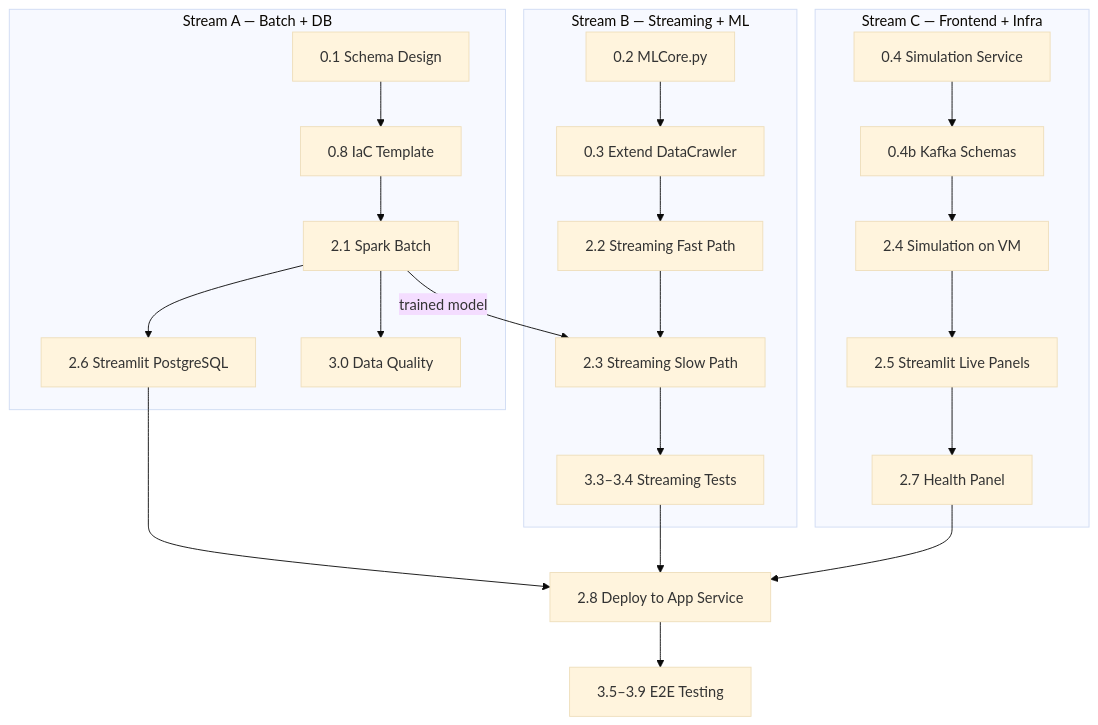
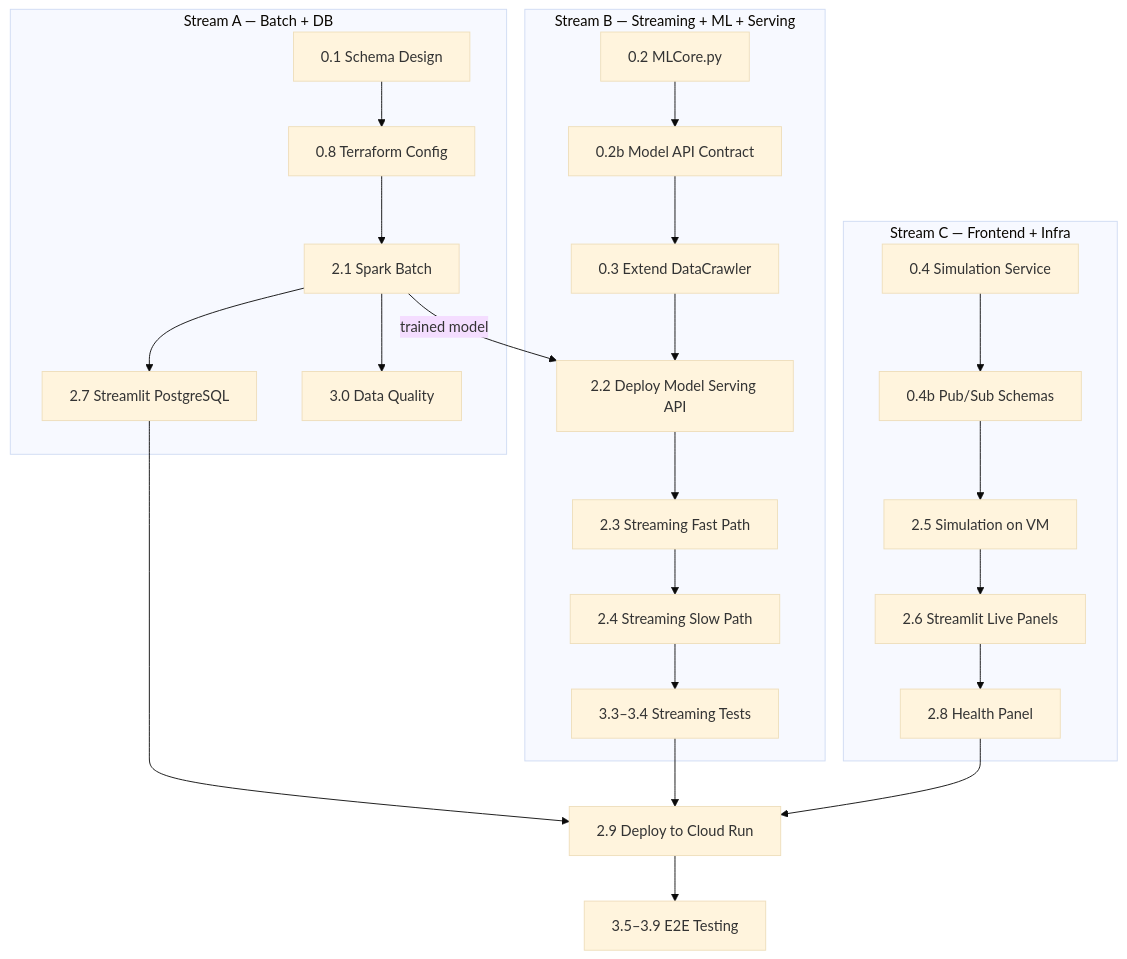
One commit to nmk-k66-uet/F1-Chubby-Data changed diagram 11 of 11 in revised_plan.md. Above: the diagram before and after it, drawn with Mermaid (base theme). The commit also changed other lines of this file and 1 other file, not shown here.

````diff
--- a/revised_plan.md
+++ b/revised_plan.md
@@ -667,27 +734,29 @@
 ```mermaid
 flowchart TD
     subgraph "Stream A — Batch + DB"
-        A1[0.1 Schema Design] --> A2[0.8 IaC Template]
+        A1[0.1 Schema Design] --> A2[0.8 Terraform Config]
         A2 --> A3[2.1 Spark Batch]
-        A3 --> A4[2.6 Streamlit PostgreSQL]
+        A3 --> A4[2.7 Streamlit PostgreSQL]
         A3 --> A5[3.0 Data Quality]
     end
 
-    subgraph "Stream B — Streaming + ML"
-        B1[0.2 MLCore.py] --> B2[0.3 Extend DataCrawler]
-        B2 --> B3[2.2 Streaming Fast Path]
-        B3 --> B4[2.3 Streaming Slow Path]
-        B4 --> B5[3.3–3.4 Streaming Tests]
+    subgraph "Stream B — Streaming + ML + Serving"
+        B1[0.2 MLCore.py] --> B1b[0.2b Model API Contract]
+        B1b --> B2[0.3 Extend DataCrawler]
+        B2 --> B3[2.2 Deploy Model Serving API]
+        B3 --> B4[2.3 Streaming Fast Path]
+        B4 --> B5[2.4 Streaming Slow Path]
+        B5 --> B6[3.3–3.4 Streaming Tests]
     end
 
     subgraph "Stream C — Frontend + Infra"
-        C1[0.4 Simulation Service] --> C2[0.4b Kafka Schemas]
-        C2 --> C3[2.4 Simulation on VM]
-        C3 --> C4[2.5 Streamlit Live Panels]
-        C4 --> C5[2.7 Health Panel]
+        C1[0.4 Simulation Service] --> C2[0.4b Pub/Sub Schemas]
+        C2 --> C3[2.5 Simulation on VM]
+        C3 --> C4[2.6 Streamlit Live Panels]
+        C4 --> C5[2.8 Health Panel]
     end
 
-    A3 -->|trained model| B4
-    A4 & B5 & C5 --> DEPLOY[2.8 Deploy to App Service]
+    A3 -->|trained model| B3
+    A4 & B6 & C5 --> DEPLOY[2.9 Deploy to Cloud Run]
     DEPLOY --> TEST[3.5–3.9 E2E Testing]
 ```
````
